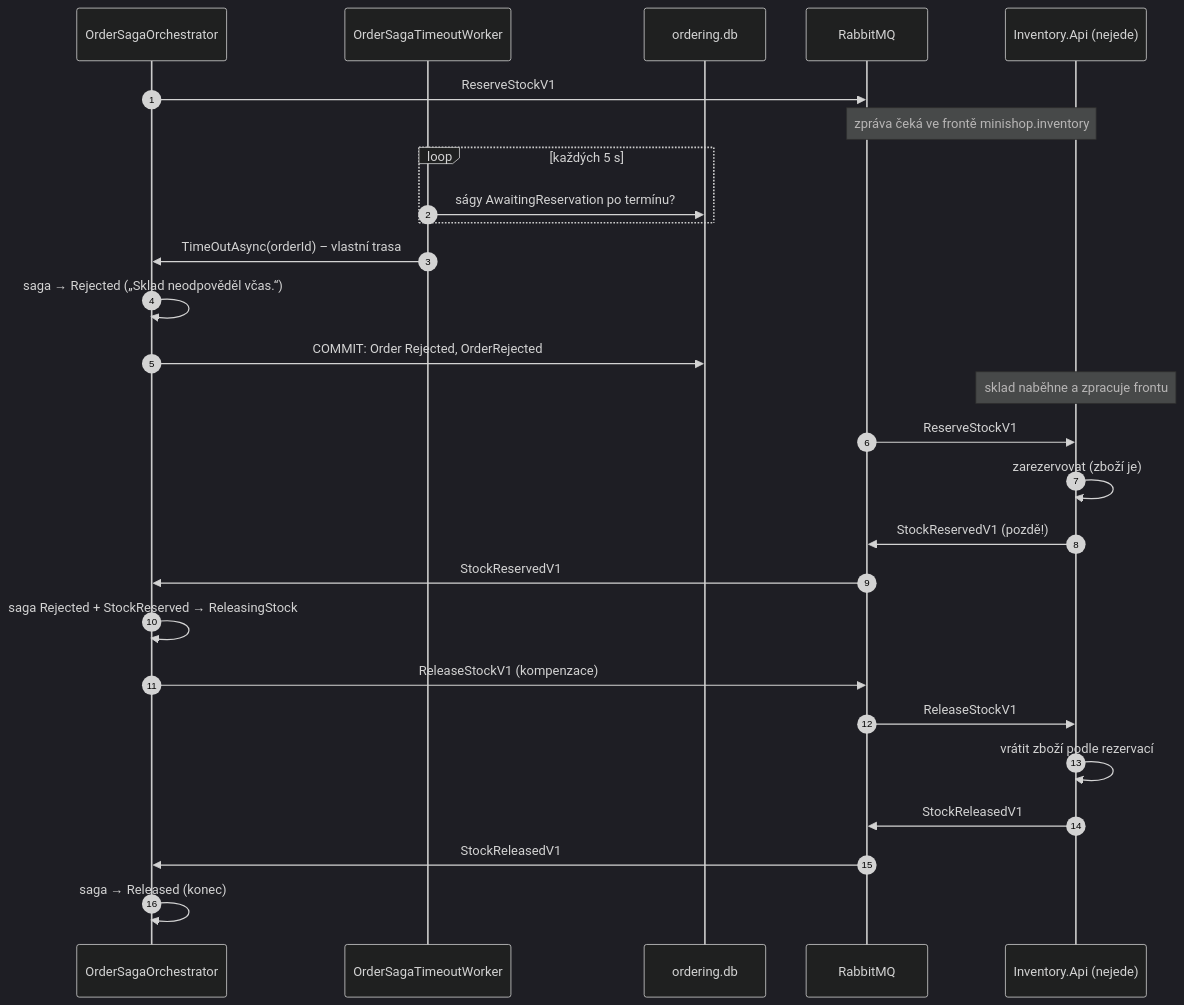
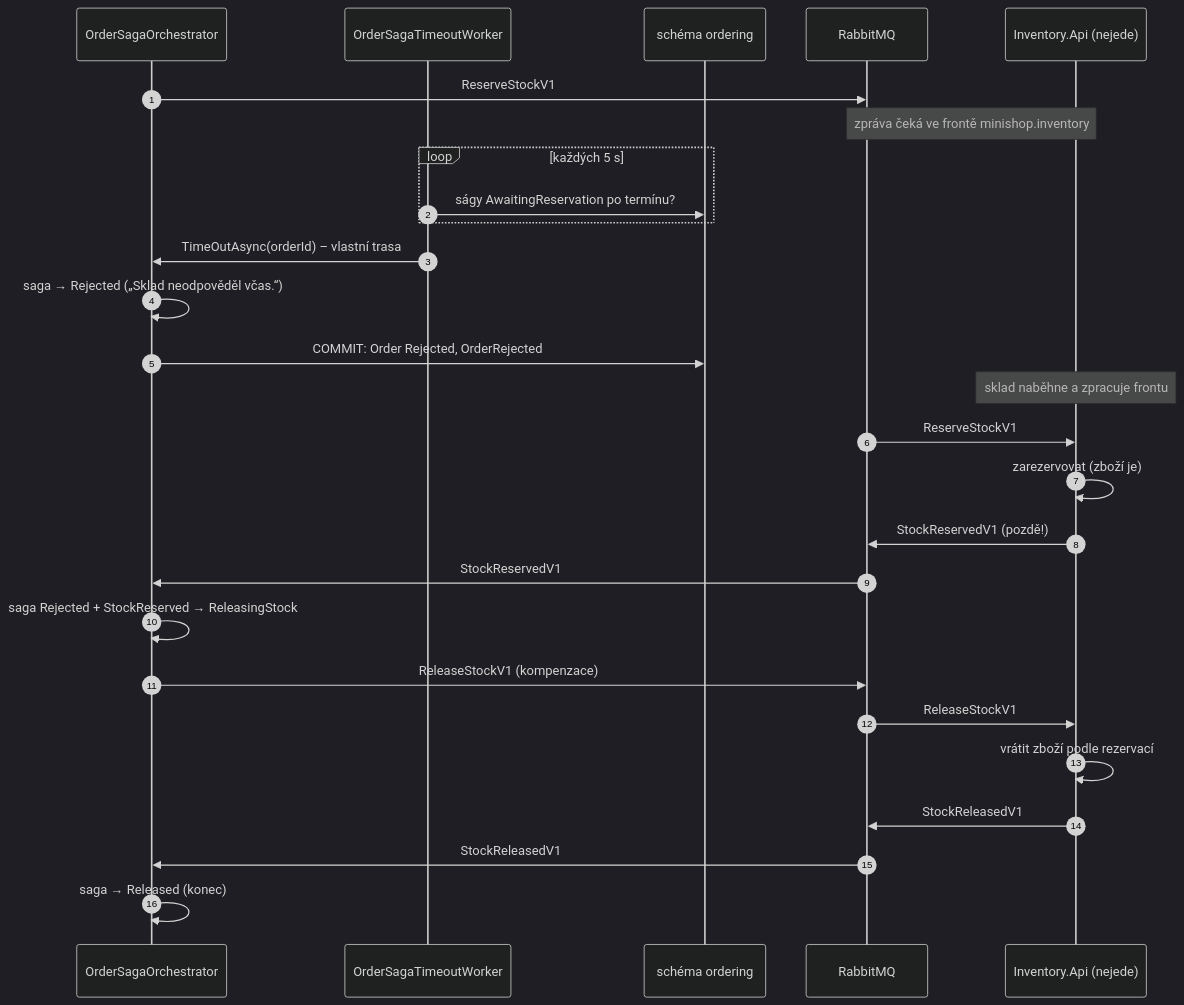
The diagram in docs/prirucka/toky/timeout-a-kompenzace.md (ftichy/MiniShop), drawn with Mermaid (dark theme) before and after one commit. The commit also changed 248 other files, not shown here.

````diff
--- a/docs/prirucka/toky/timeout-a-kompenzace.md
+++ b/docs/prirucka/toky/timeout-a-kompenzace.md
@@ -12,30 +12,30 @@
 ```mermaid
 sequenceDiagram
     autonumber
     participant SG as OrderSagaOrchestrator
     participant TW as OrderSagaTimeoutWorker
-    participant ODB as ordering.db
+    participant ODB as schéma ordering
     participant MQ as RabbitMQ
     participant I as Inventory.Api (nejede)
 
     SG->>MQ: ReserveStockV1
     Note over MQ,I: zpráva čeká ve frontě minishop.inventory
     loop každých 5 s
         TW->>ODB: ságy AwaitingReservation po termínu?
     end
     TW->>SG: TimeOutAsync(orderId) – vlastní trasa
     SG->>SG: saga → Rejected („Sklad neodpověděl včas.“)
     SG->>ODB: COMMIT: Order Rejected, OrderRejected
     Note over I: sklad naběhne a zpracuje frontu
     MQ->>I: ReserveStockV1
     I->>I: zarezervovat (zboží je)
     I->>MQ: StockReservedV1 (pozdě!)
     MQ->>SG: StockReservedV1
     SG->>SG: saga Rejected + StockReserved → ReleasingStock
     SG->>MQ: ReleaseStockV1 (kompenzace)
     MQ->>I: ReleaseStockV1
     I->>I: vrátit zboží podle rezervací
     I->>MQ: StockReleasedV1
     MQ->>SG: StockReleasedV1
     SG->>SG: saga → Released (konec)
 ```
````
